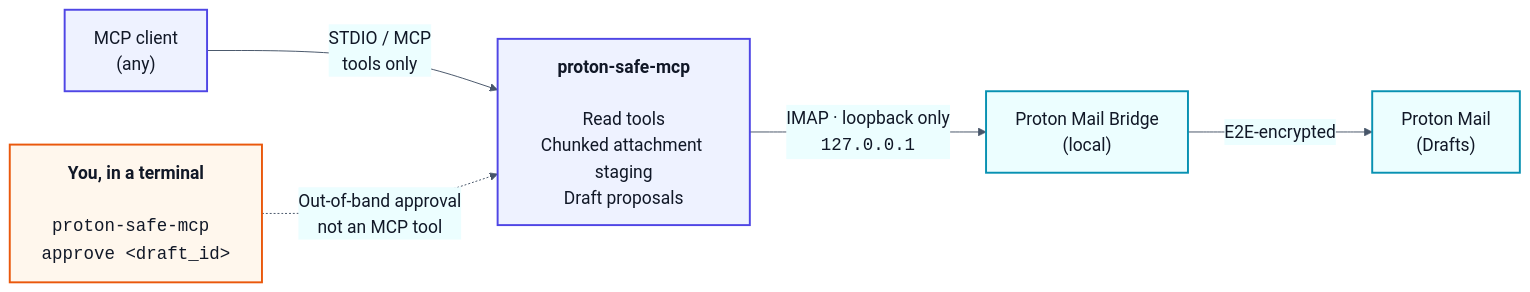
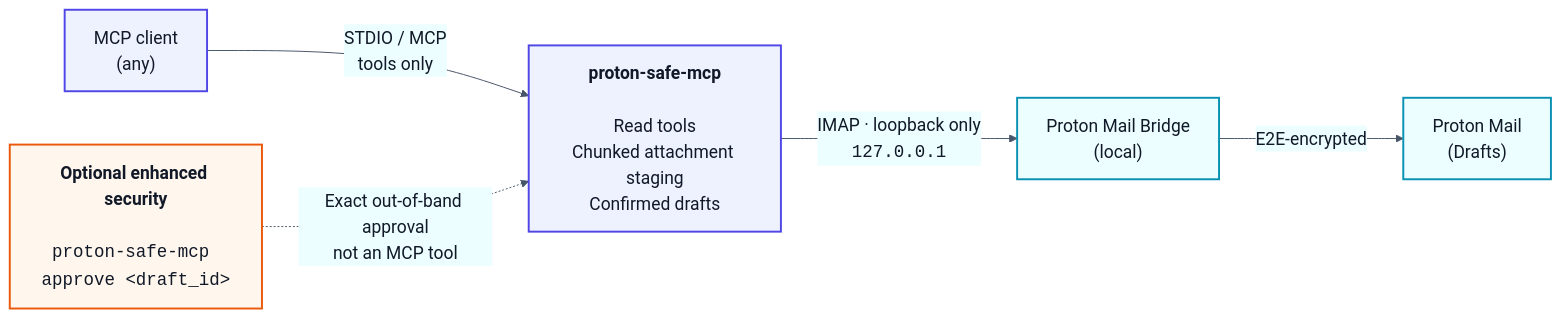
The diagram in docs/assets/architecture.mmd (fbossiere/proton-safe-mcp), drawn with Mermaid before and after one commit. The commit also changed 32 other files, not shown here.

```diff
--- a/docs/assets/architecture.mmd
+++ b/docs/assets/architecture.mmd
@@ -1,41 +1,41 @@
 %% Source for architecture.png. Regenerate with Mermaid CLI:
 %% mmdc -i docs/assets/architecture.mmd -o docs/assets/architecture.png -w 1600 -H 800 -b "#f8fafc" -s 2
 %%{init: {
   "theme": "base",
   "themeCSS": ".nodeLabel, .edgeLabel { font-family: Arial, sans-serif !important; }",
   "themeVariables": {
     "background": "#f8fafc",
     "primaryColor": "#eef2ff",
     "primaryTextColor": "#111827",
     "primaryBorderColor": "#4f46e5",
     "lineColor": "#475569",
     "secondaryColor": "#ecfeff",
     "tertiaryColor": "#f8fafc",
     "fontFamily": "Arial, sans-serif",
     "fontSize": "18px"
   },
   "flowchart": {
     "curve": "basis",
     "htmlLabels": true,
     "nodeSpacing": 55,
     "rankSpacing": 75
   }
 }}%%
 flowchart LR
     client["MCP client<br/>(any)"]
-    server["<strong>proton-safe-mcp</strong><br/><br/>Read tools<br/>Chunked attachment staging<br/>Draft proposals"]
+    server["<strong>proton-safe-mcp</strong><br/><br/>Read tools<br/>Chunked attachment staging<br/>Confirmed drafts"]
     bridge["Proton Mail Bridge<br/>(local)"]
     mail["Proton Mail<br/>(Drafts)"]
-    approval["<strong>You, in a terminal</strong><br/><br/><code>proton-safe-mcp approve &lt;draft_id&gt;</code>"]
+    approval["<strong>Optional enhanced security</strong><br/><br/><code>proton-safe-mcp approve &lt;draft_id&gt;</code>"]
 
     client -->|"STDIO / MCP<br/>tools only"| server
     server -->|"IMAP · loopback only<br/><code>127.0.0.1</code>"| bridge
     bridge -->|"E2E-encrypted"| mail
-    approval -.->|"Out-of-band approval<br/>not an MCP tool"| server
+    approval -.->|"Exact out-of-band approval<br/>not an MCP tool"| server
 
     classDef component fill:#eef2ff,stroke:#4f46e5,stroke-width:2px,color:#111827;
     classDef boundary fill:#ecfeff,stroke:#0891b2,stroke-width:2px,color:#111827;
     classDef human fill:#fff7ed,stroke:#ea580c,stroke-width:2px,color:#111827;
     class client,server component;
     class bridge,mail boundary;
     class approval human;
```
